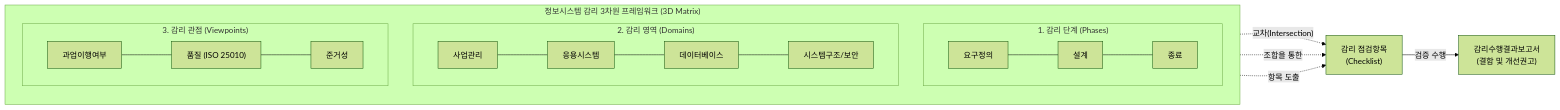
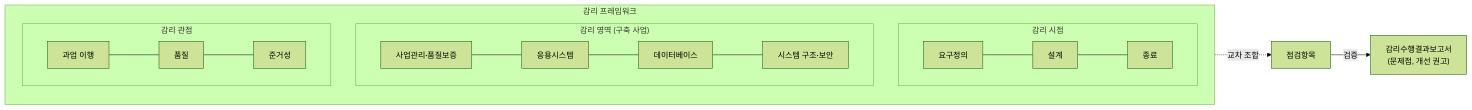
Before and after one commit to supremethumb/supremethumb.github.io: the diagram in content/01_IT Tech/정보시스템 감리 프레임워크.md, drawn with Mermaid (forest theme). The commit also changed other lines of this file and 1087 other files, not shown here.

````diff
--- a/content/01_IT Tech/정보시스템 감리 프레임워크.md
+++ b/content/01_IT Tech/정보시스템 감리 프레임워크.md
@@ -23,25 +35,17 @@
 ```mermaid
 flowchart LR
-    subgraph Audit_Framework["정보시스템 감리 3차원 프레임워크 (3D Matrix)"]
+    subgraph F ["감리 프레임워크"]
         direction TB
-        
-        subgraph Dimension1["1. 감리 단계 (Phases)"]
+        subgraph T ["감리 시점"]
             P1["요구정의"] --- P2["설계"] --- P3["종료"]
         end
-        
-        subgraph Dimension2["2. 감리 영역 (Domains)"]
-            D1["사업관리"] --- D2["응용시스템"] --- D3["데이터베이스"] --- D4["시스템구조/보안"]
+        subgraph D ["감리 영역 (구축 사업)"]
+            D1["사업관리·품질보증"] --- D2["응용시스템"] --- D3["데이터베이스"] --- D4["시스템 구조·보안"]
         end
-        
-        subgraph Dimension3["3. 감리 관점 (Viewpoints)"]
-            V1["과업이행여부"] --- V2["품질 (ISO 25010)"] --- V3["준거성"]
+        subgraph V ["감리 관점"]
+            V1["과업 이행"] --- V2["품질"] --- V3["준거성"]
         end
     end
-    
-    Dimension1 -. "교차(Intersection)" .-> Checklist
-    Dimension2 -. "조합을 통한" .-> Checklist
-    Dimension3 -. "항목 도출" .-> Checklist
-    
-    Checklist["감리 점검항목<br/>(Checklist)"] -- "검증 수행" --> Result["감리수행결과보고서<br/>(결함 및 개선권고)"]
-
+    F -.->|"교차 조합"| CK["점검항목"]
+    CK -->|"검증"| R["감리수행결과보고서<br/>(문제점, 개선 권고)"]
 ```
````
